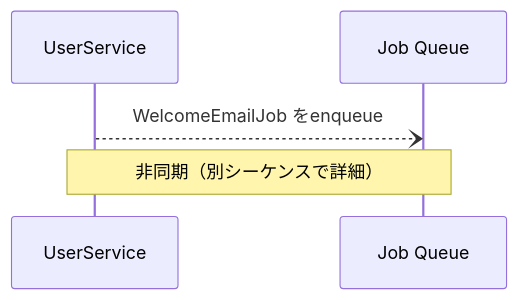
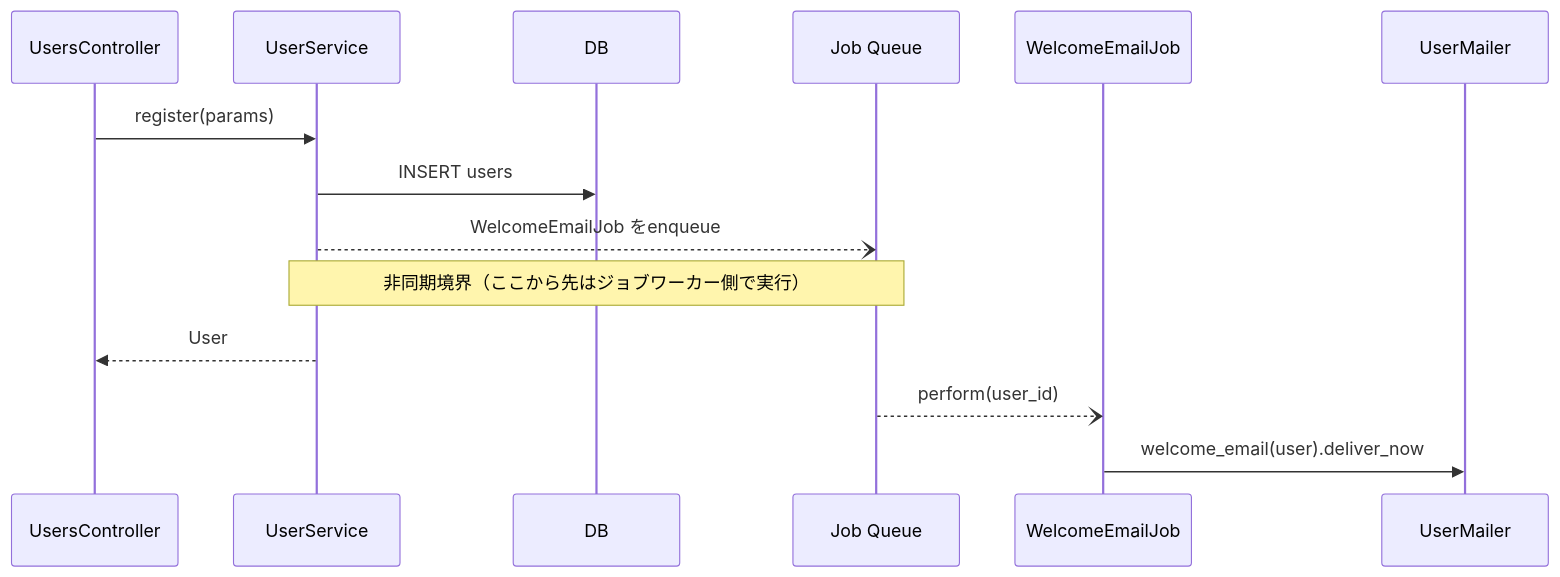
One commit to wezard706/dotfiles changed the eighth of 11 diagrams in .claude/skills/sequence-diagram/references/mermaid-patterns.md. Above: the diagram before and after it, drawn with Mermaid. The commit also changed other lines of this file and 2 other files, not shown here.

Commit message:
refactor: sequence-diagramスキルで同期/非同期を1枚の図に統合
シーケンス図を「同期処理」「非同期処理: JobName」と複数ブロックに分割すると、
1リクエストの処理が時系列で追えなくなり「コード骨格を素早く把握する」目的を
損なう。enqueue → ジョブ本体の流れも含めて1つの sequenceDiagram ブロック内に
時系列で配置し、非同期境界は --) と Note over で表現する方針へ統一。

サブエージェントへの指示も async_branches.steps にジョブ本体の呼び出しを
含めて返すよう変更し、メインが連結して描画できるようにした。

````diff
--- a/.claude/skills/sequence-diagram/references/mermaid-patterns.md
+++ b/.claude/skills/sequence-diagram/references/mermaid-patterns.md
@@ -134,7 +134,17 @@
 ```mermaid
 sequenceDiagram
+    participant Ctrl as UsersController
     participant Svc as UserService
+    participant DB
     participant Queue as Job Queue
+    participant Job as WelcomeEmailJob
+    participant Mailer as UserMailer
+
+    Ctrl->>Svc: register(params)
+    Svc->>DB: INSERT users
     Svc--)Queue: WelcomeEmailJob をenqueue
-    Note over Svc,Queue: 非同期（別シーケンスで詳細）
+    Note over Svc,Queue: 非同期境界（ここから先はジョブワーカー側で実行）
+    Svc-->>Ctrl: User
+    Queue--)Job: perform(user_id)
+    Job->>Mailer: welcome_email(user).deliver_now
 ```
````
